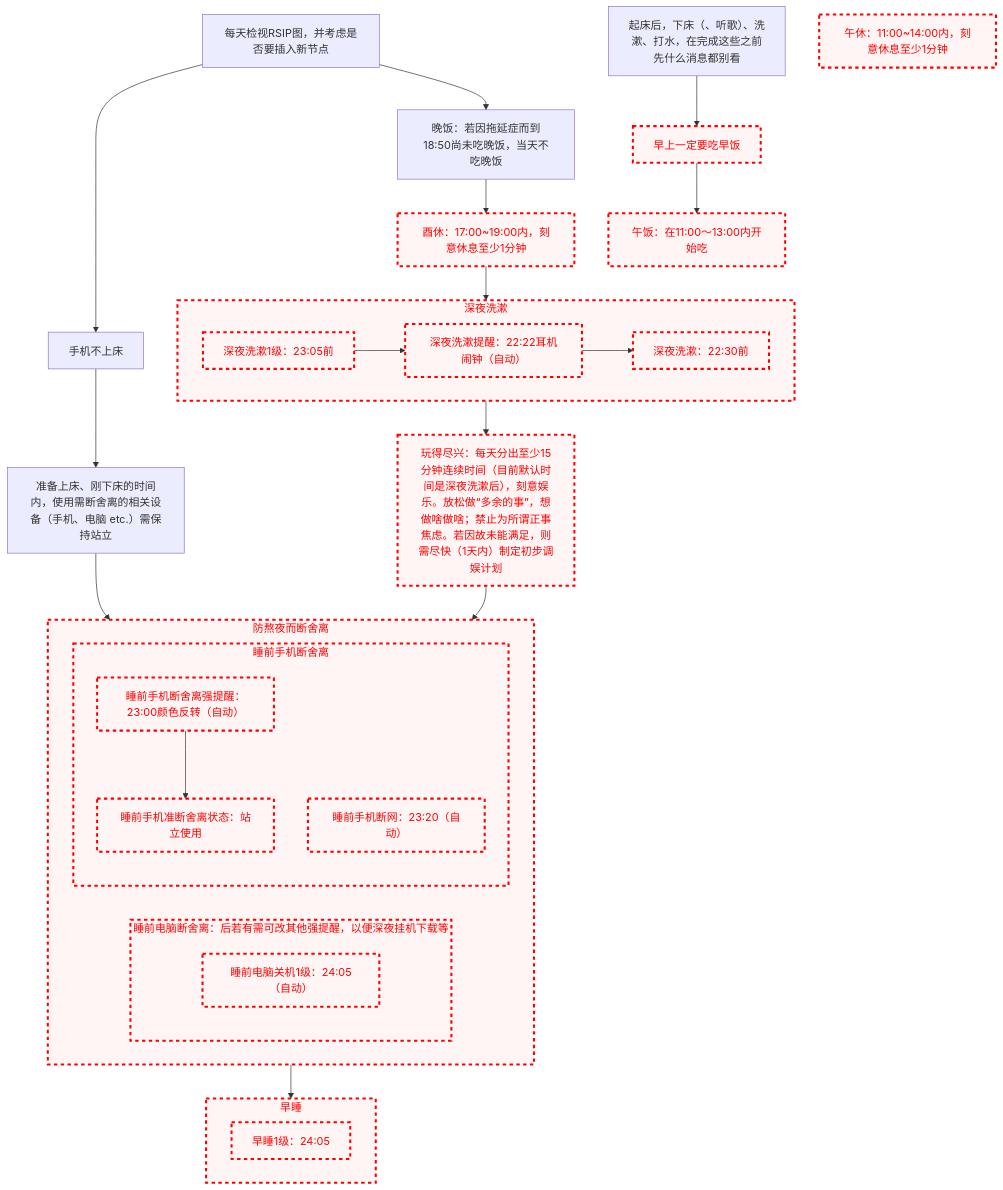
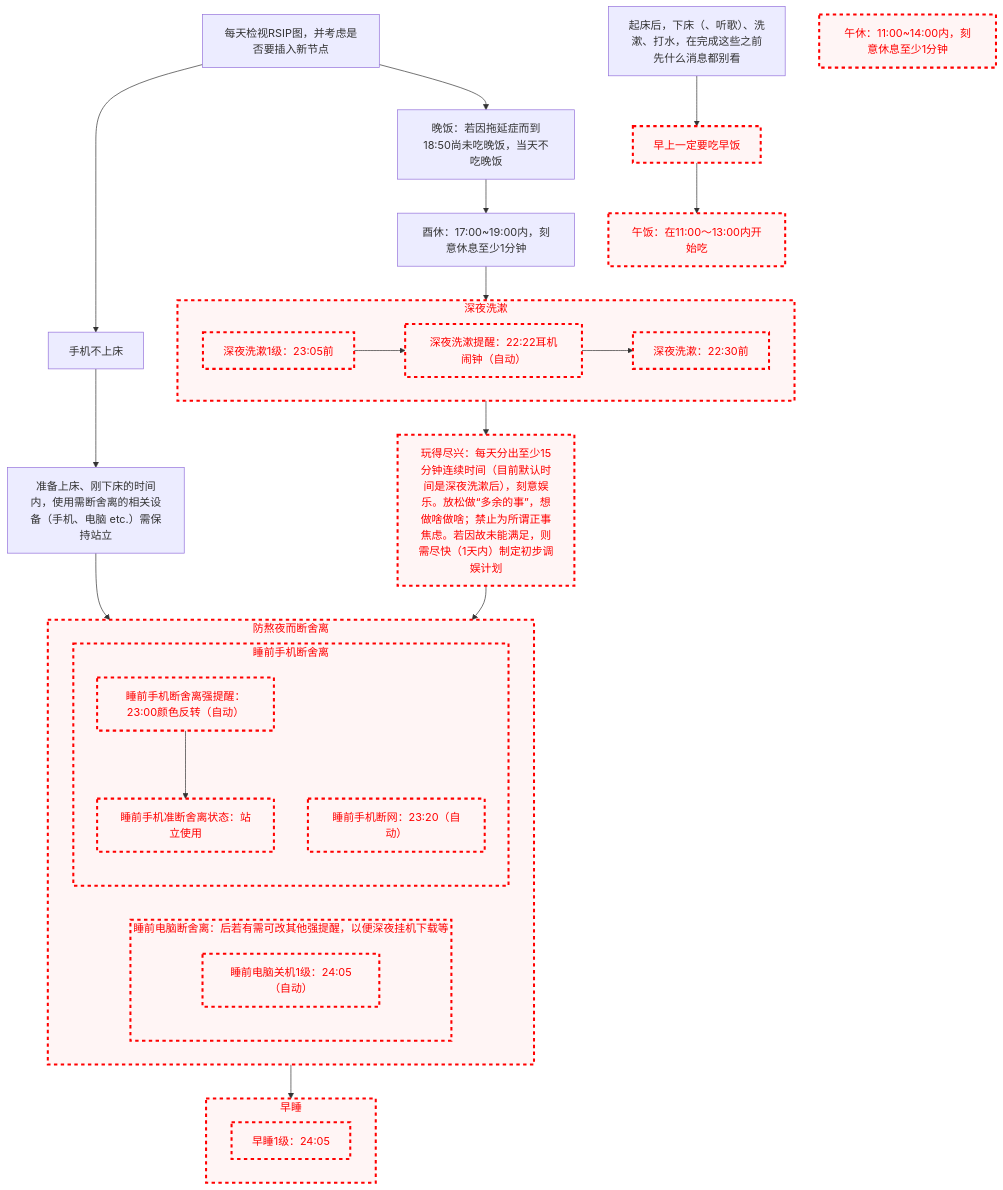
Before and after one commit to Ethkuil/RSIP-tree: the diagram in README.md, drawn with Mermaid.

Commit message:
enable 酉休

````diff
--- a/README.md
+++ b/README.md
@@ -14,65 +14,64 @@
 ```mermaid
 graph TD
 
 classDef failed stroke:#ff0000, stroke-width:3px, color:#ff0000, fill:#fff5f5, stroke-dasharray: 5
 
 RSIP[每天检视RSIP图，并考虑是否要插入新节点]
 
 
 RSIP --> 手机不上床
 手机不上床 --> 站立使用[准备上床、刚下床的时间内，使用需断舍离的相关设备（手机、电脑 etc.）需保持站立]
 
 RSIP --> 晚饭[晚饭：若因拖延症而到18:50尚未吃晚饭，当天不吃晚饭]
 晚饭 --> 酉休[酉休：17:00~19:00内，刻意休息至少1分钟]
-class 酉休 failed
 酉休 --> 深夜洗漱
 subgraph 深夜洗漱
   深夜洗漱1级[深夜洗漱1级：23:05前]
   class 深夜洗漱1级 failed
   深夜洗漱1级 --> 深夜洗漱提醒[深夜洗漱提醒：22:22耳机闹钟（自动）]
   class 深夜洗漱提醒 failed
   深夜洗漱提醒 --> 深夜洗漱最高级[深夜洗漱：22:30前]
   class 深夜洗漱最高级 failed
 end
 class 深夜洗漱 failed
 深夜洗漱 --> 玩得尽兴[玩得尽兴：每天分出至少15分钟连续时间（目前默认时间是深夜洗漱后），刻意娱乐。放松做“多余的事”，想做啥做啥；禁止为所谓正事焦虑。若因故未能满足，则需尽快（1天内）制定初步调娱计划]
 class 玩得尽兴 failed
 
 站立使用 --> 防熬夜而断舍离
 玩得尽兴 --> 防熬夜而断舍离
 subgraph 防熬夜而断舍离
   subgraph 睡前电脑断舍离[睡前电脑断舍离：后若有需可改其他强提醒，以便深夜挂机下载等]
     睡前电脑关机1级[睡前电脑关机1级：24:05（自动）]
     class 睡前电脑关机1级 failed
   end
   class 睡前电脑断舍离 failed
 
   subgraph 睡前手机断舍离
     睡前手机断舍离强提醒[睡前手机断舍离强提醒：23:00颜色反转（自动）]
     class 睡前手机断舍离强提醒 failed
     睡前手机断舍离强提醒 --> 睡前手机准断舍离状态[睡前手机准断舍离状态：站立使用]
     class 睡前手机准断舍离状态 failed
     睡前手机断网[睡前手机断网：23:20（自动）]
     class 睡前手机断网 failed
   end
   class 睡前手机断舍离 failed
 end
 class 防熬夜而断舍离 failed
 防熬夜而断舍离 --> 早睡
 subgraph 早睡
   早睡1级[早睡1级：24:05]
   class 早睡1级 failed
 end
 class 早睡 failed
 
 
 清晨洗漱[起床后，下床（、听歌）、洗漱、打水，在完成这些之前先什么消息都别看]
 
 清晨洗漱 --> 早饭[早上一定要吃早饭]
 class 早饭 failed
 早饭 --> 午饭[午饭：在11:00～13:00内开始吃]
 class 午饭 failed
 
 午休[午休：11:00~14:00内，刻意休息至少1分钟]
 class 午休 failed
 ```
````
